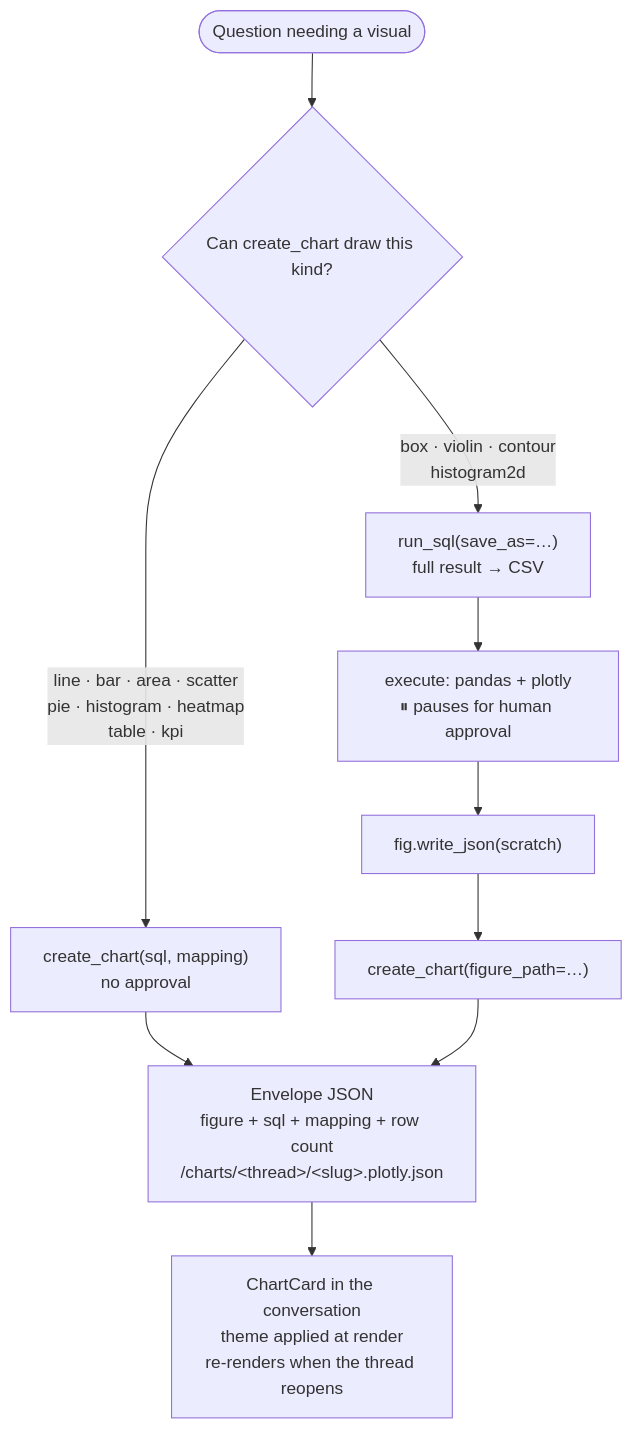
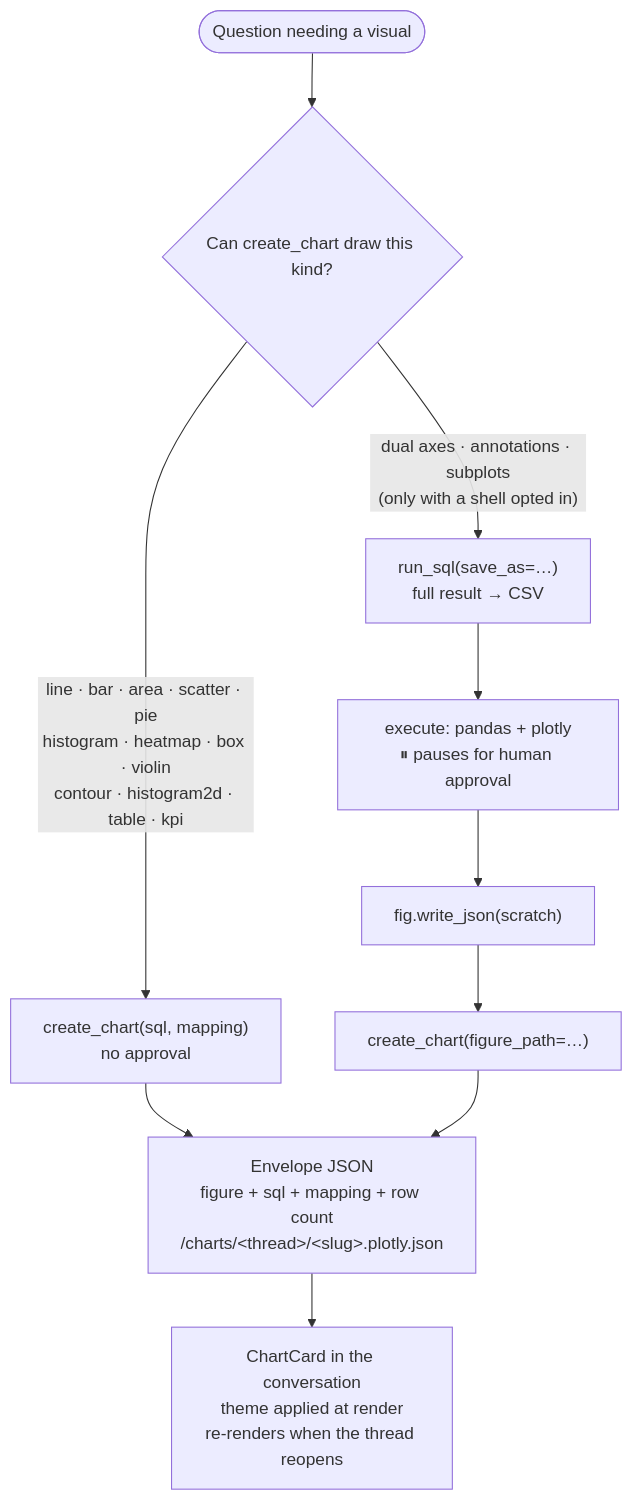
The second of 2 diagrams in backend/agents/analytics_agent/README.md (tam159/next-role), drawn with Mermaid before and after one commit. The commit also changed other lines of this file and 28 other files, not shown here.

````diff
--- a/backend/agents/analytics_agent/README.md
+++ b/backend/agents/analytics_agent/README.md
@@ -41,16 +41,16 @@
 ```mermaid
 flowchart TB
   Q(["Question needing a visual"]) --> D{"Can create_chart draw this kind?"}
 
-  D -- "line · bar · area · scatter<br/>pie · histogram · heatmap<br/>table · kpi" --> A["create_chart(sql, mapping)<br/>no approval"]
+  D -- "line · bar · area · scatter · pie<br/>histogram · heatmap · box · violin<br/>contour · histogram2d · table · kpi" --> A["create_chart(sql, mapping)<br/>no approval"]
   A --> ENV
 
-  D -- "box · violin · contour<br/>histogram2d" --> F1["run_sql(save_as=…)<br/>full result → CSV"]
+  D -- "dual axes · annotations · subplots<br/>(only with a shell opted in)" --> F1["run_sql(save_as=…)<br/>full result → CSV"]
   F1 --> F2["execute: pandas + plotly<br/>⏸ pauses for human approval"]
   F2 --> F3["fig.write_json(scratch)"]
   F3 --> F4["create_chart(figure_path=…)"]
   F4 --> ENV
 
   ENV["Envelope JSON<br/>figure + sql + mapping + row count<br/>/charts/&lt;thread&gt;/&lt;slug&gt;.plotly.json"]
   ENV --> R["ChartCard in the conversation<br/>theme applied at render<br/>re-renders when the thread reopens"]
 ```
````
